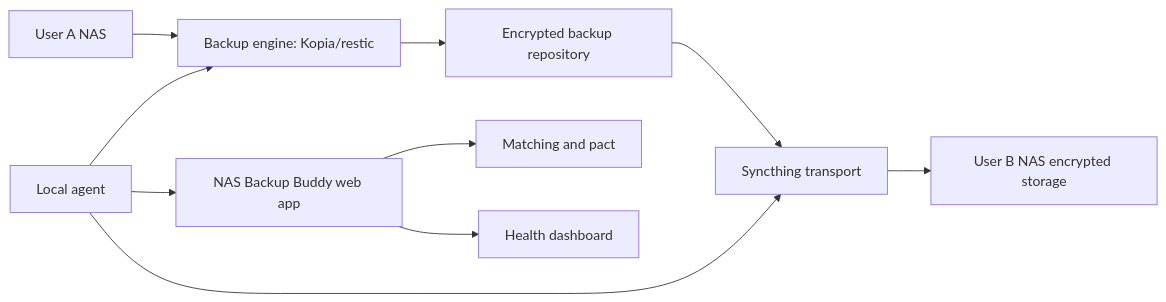
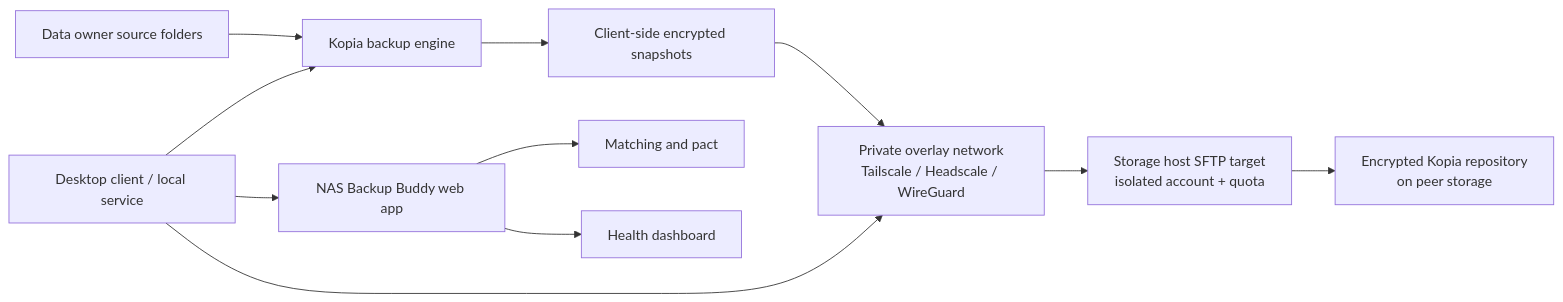
Before and after one commit to ayaghini/Nas-backup-buddy: the diagram in docs/architecture.md, drawn with Mermaid. The commit also changed other lines of this file and 50 other files, not shown here.

Commit message:
Refine peer connection host and backup workflows

````diff
--- a/docs/architecture.md
+++ b/docs/architecture.md
@@ -9,12 +15,13 @@
 ```mermaid
 flowchart LR
-  A["User A NAS"] --> B["Backup engine: Kopia/restic"]
-  B --> C["Encrypted backup repository"]
-  C --> D["Syncthing transport"]
-  D --> E["User B NAS encrypted storage"]
-  F["NAS Backup Buddy web app"] --> G["Matching and pact"]
-  F --> H["Health dashboard"]
-  I["Local agent"] --> B
-  I --> D
-  I --> F
+  SRC["Data owner source folders"] --> K["Kopia backup engine"]
+  K --> ENC["Client-side encrypted snapshots"]
+  ENC --> OVERLAY["Private overlay network<br/>Tailscale / Headscale / WireGuard"]
+  OVERLAY --> SFTP["Storage host SFTP target<br/>isolated account + quota"]
+  SFTP --> REPO["Encrypted Kopia repository<br/>on peer storage"]
+  WEB["NAS Backup Buddy web app"] --> MATCH["Matching and pact"]
+  WEB --> HEALTH["Health dashboard"]
+  AGENT["Desktop client / local service"] --> K
+  AGENT --> OVERLAY
+  AGENT --> WEB
 ```
````
